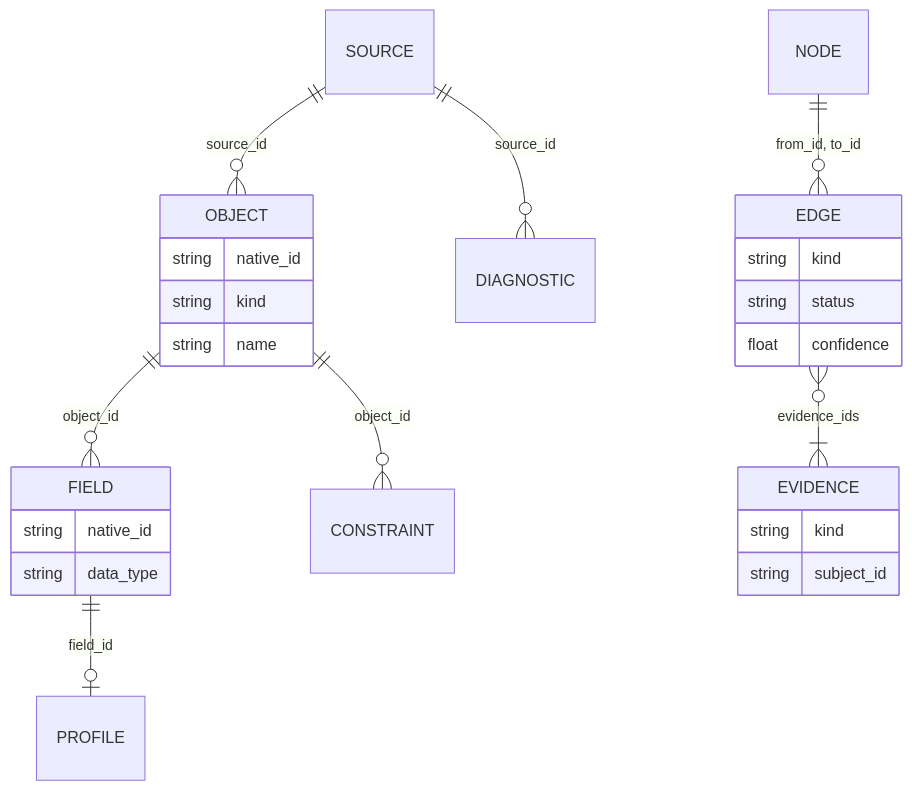
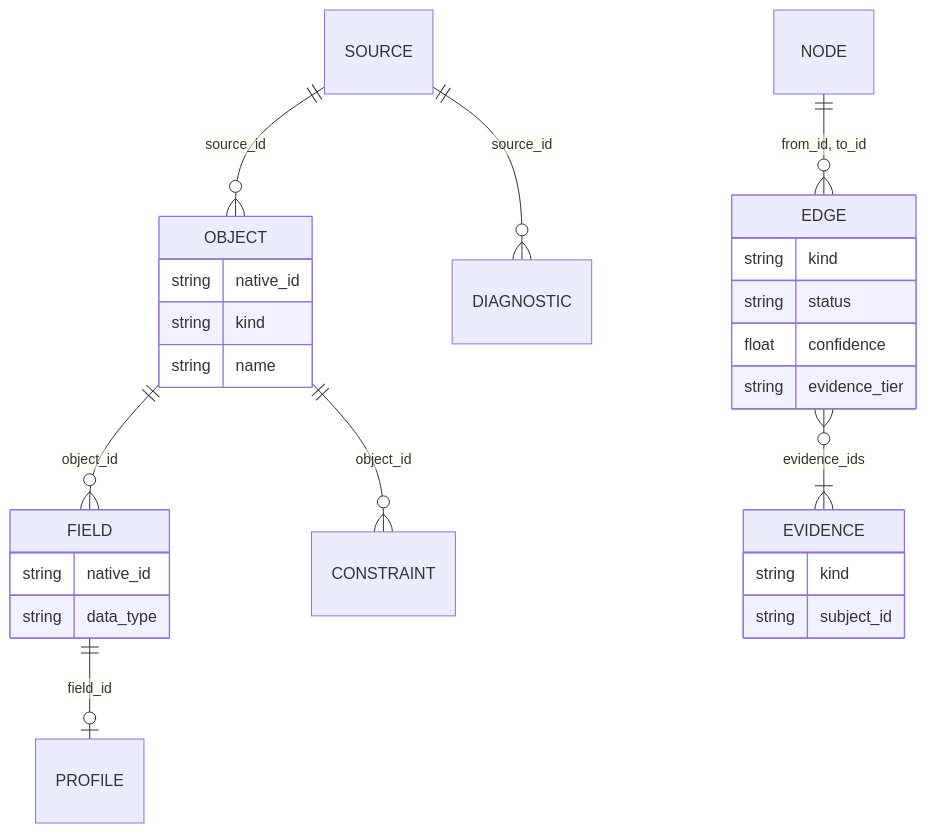
Before and after one commit to bayern4teams/db-catalogue: the fourth of 5 diagrams in ARCHITECTURE.md, drawn with Mermaid. The commit also changed other lines of this file, not shown here.

First line of the commit message:
Architecture: re-verify against 6e43d33, add opt-in features, evidence tier, value ranges, later run

````diff
--- a/ARCHITECTURE.md
+++ b/ARCHITECTURE.md
@@ -95,14 +95,14 @@
 ```mermaid
 erDiagram
   SOURCE ||--o{ OBJECT : "source_id"
   OBJECT ||--o{ FIELD : "object_id"
   OBJECT ||--o{ CONSTRAINT : "object_id"
   FIELD ||--o| PROFILE : "field_id"
   NODE ||--o{ EDGE : "from_id, to_id"
   EDGE }o--|{ EVIDENCE : "evidence_ids"
   SOURCE ||--o{ DIAGNOSTIC : "source_id"
   OBJECT { string native_id string kind string name }
   FIELD { string native_id string data_type }
-  EDGE { string kind string status float confidence }
+  EDGE { string kind string status float confidence string evidence_tier }
   EVIDENCE { string kind string subject_id }
 ```
````
